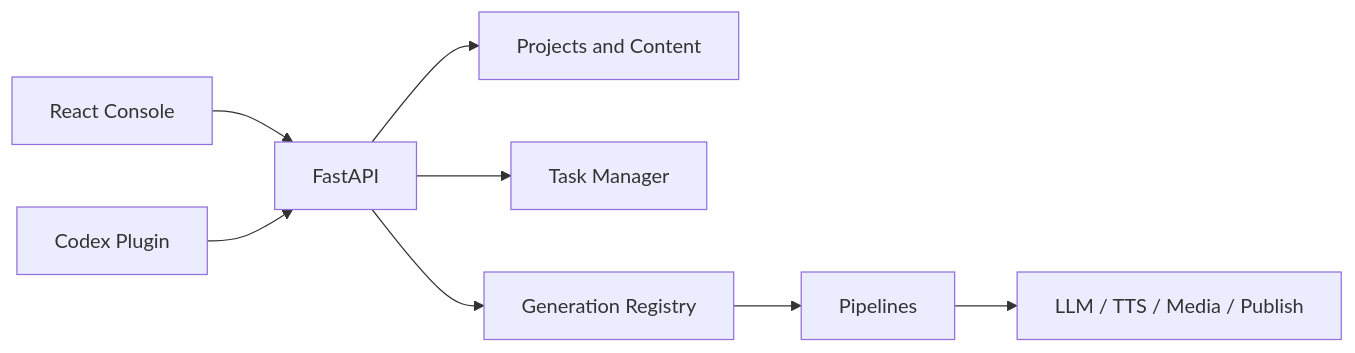
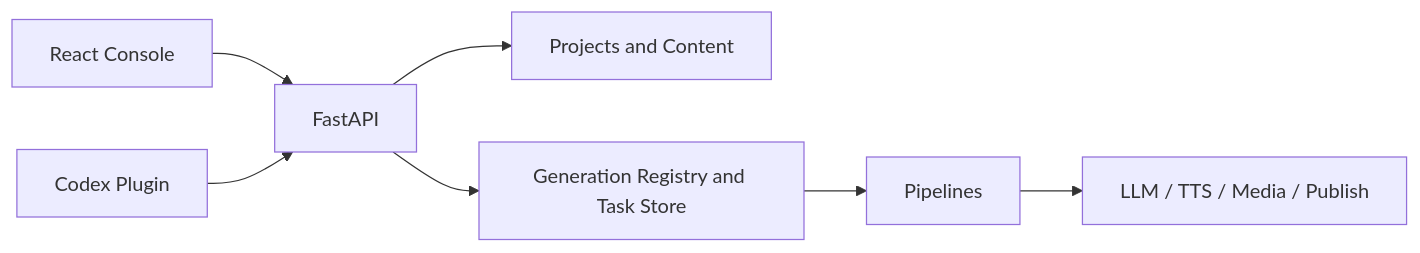
One commit to zhihao93li/Pixelle-Video-plus changed the diagram in docs/en/development/architecture.md. Above: the diagram before and after it, drawn with Mermaid. The commit also changed other lines of this file and 68 other files, not shown here.

````diff
--- a/docs/en/development/architecture.md
+++ b/docs/en/development/architecture.md
@@ -5,10 +5,9 @@
 ```mermaid
 flowchart LR
     Console[React Console] --> API[FastAPI]
     Codex[Codex Plugin] --> API
     API --> Content[Projects and Content]
-    API --> Tasks[Task Manager]
-    API --> Generation[Generation Registry]
+    API --> Generation[Generation Registry and Task Store]
     Generation --> Pipelines[Pipelines]
     Pipelines --> Services[LLM / TTS / Media / Publish]
 ```
````
